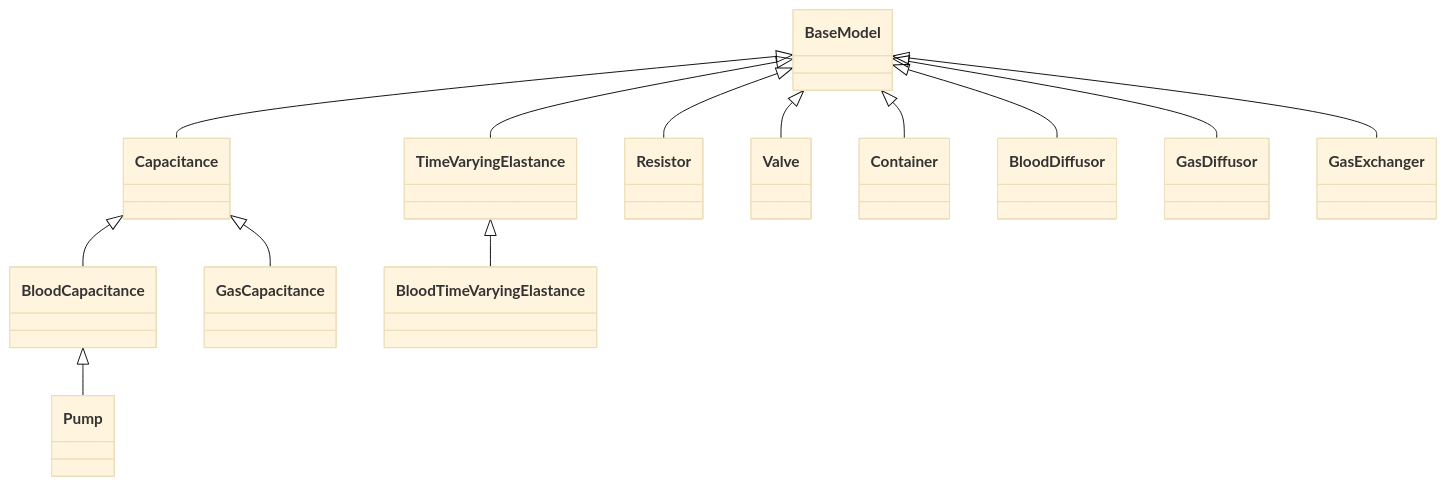
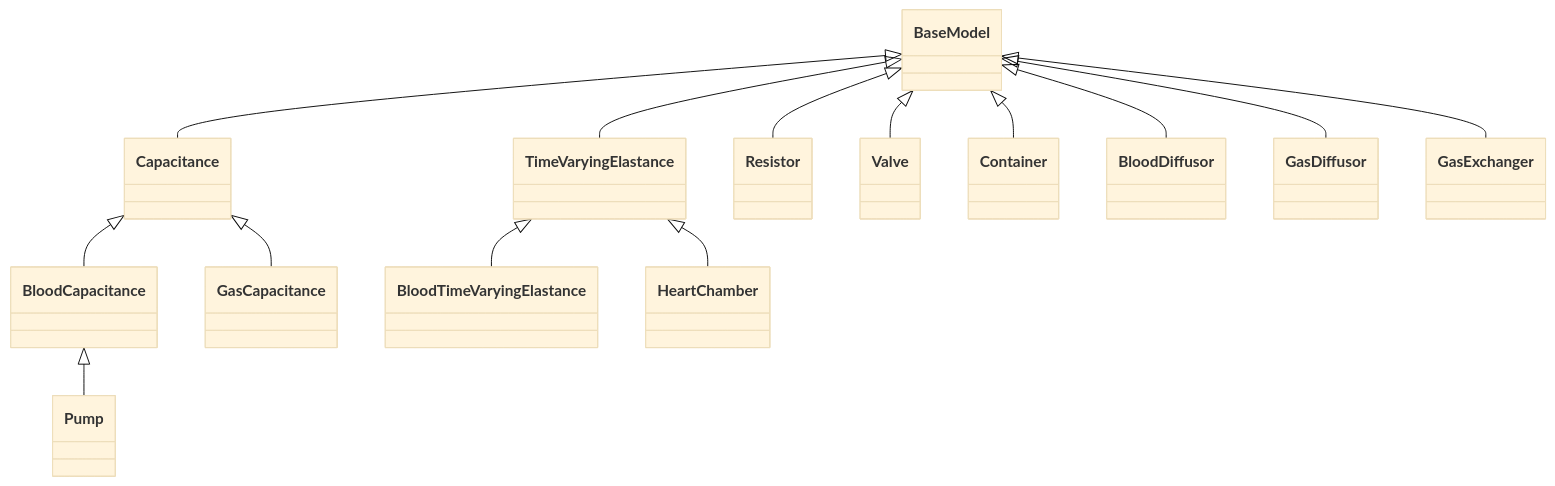
Before and after one commit to Dobutamine/explain-python: the diagram in docs/model_structure.md, drawn with Mermaid (base theme). The commit also changed other lines of this file and 33 other files, not shown here.

````diff
--- a/docs/model_structure.md
+++ b/docs/model_structure.md
@@ -59,17 +62,18 @@
 ```mermaid
 classDiagram
     BaseModel <|-- Capacitance
     BaseModel <|-- TimeVaryingElastance
     BaseModel <|-- Resistor
     BaseModel <|-- Valve
     BaseModel <|-- Container
     BaseModel <|-- BloodDiffusor
     BaseModel <|-- GasDiffusor
     BaseModel <|-- GasExchanger
 
     Capacitance <|-- BloodCapacitance
     BloodCapacitance <|-- Pump
     Capacitance <|-- GasCapacitance
 
     TimeVaryingElastance <|-- BloodTimeVaryingElastance
+    TimeVaryingElastance <|-- HeartChamber
 ```
````
